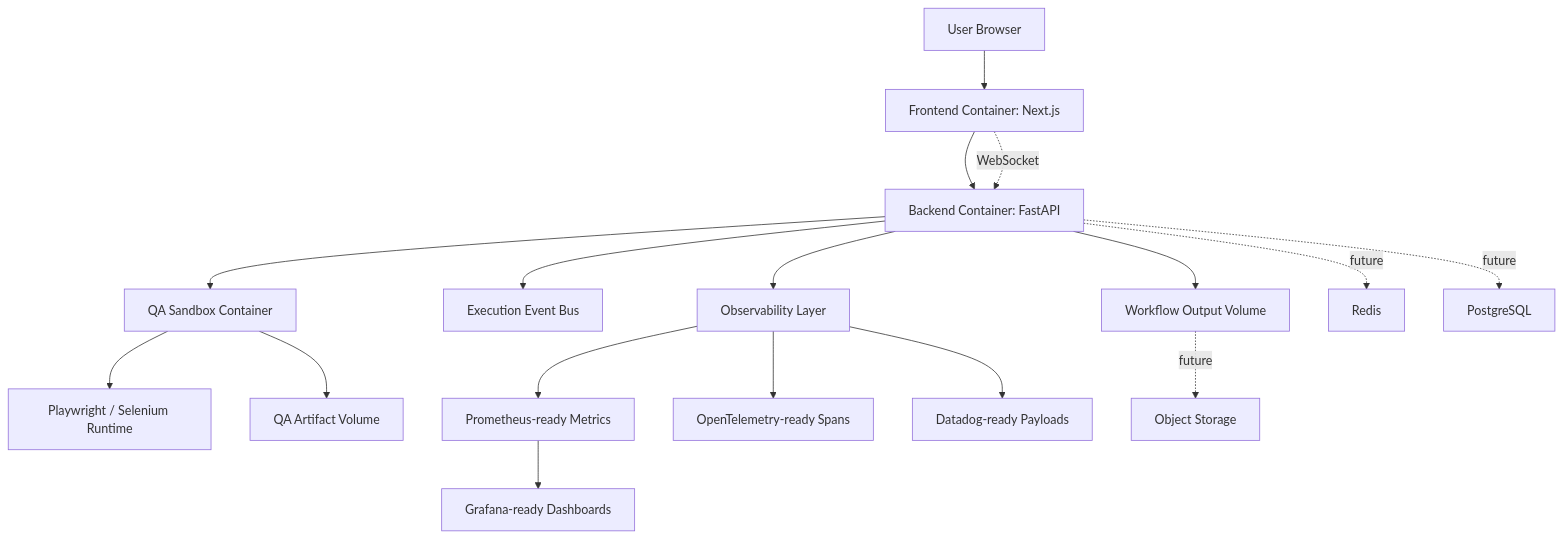
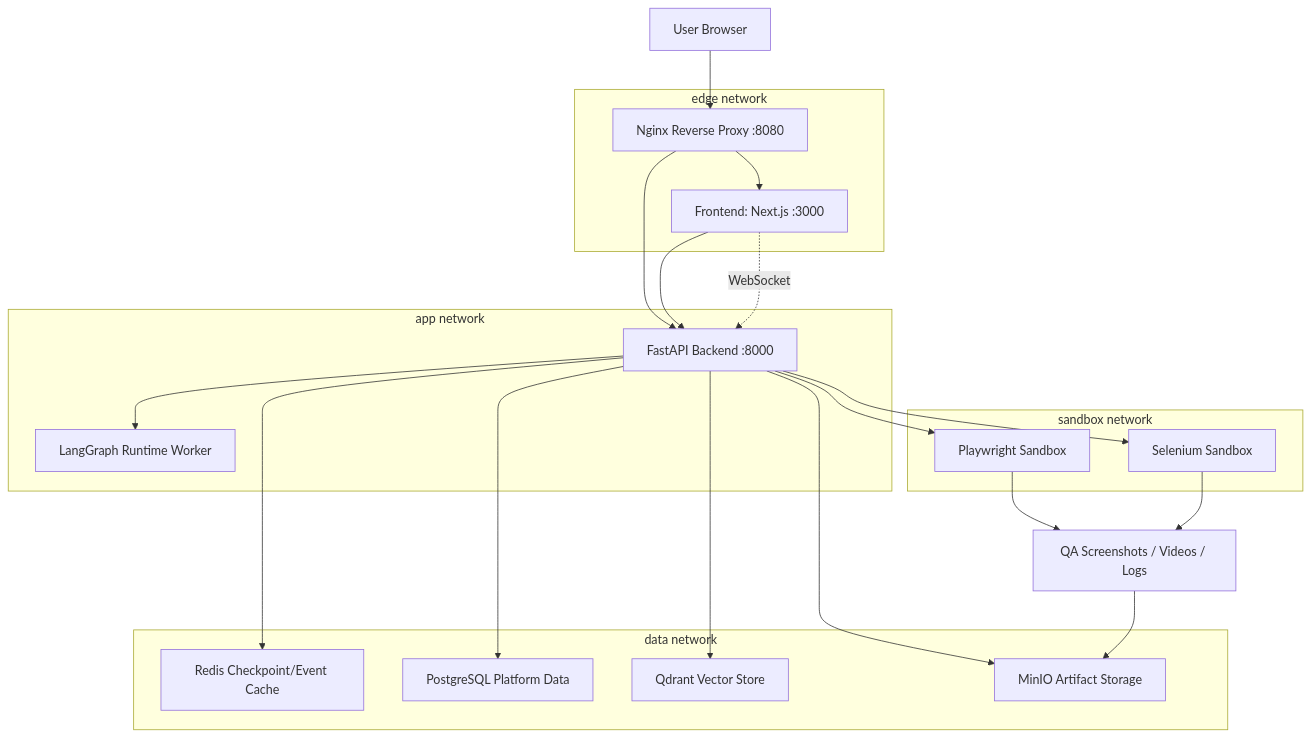
The sixth of 6 diagrams in README.md (fhuamanr/LegionAgents), drawn with Mermaid before and after one commit. The commit also changed other lines of this file and 15 other files, not shown here.

````diff
--- a/README.md
+++ b/README.md
@@ -207,23 +248,42 @@
 ```mermaid
 flowchart TB
-  Browser["User Browser"] --> FrontendContainer["Frontend Container: Next.js"]
-  FrontendContainer --> BackendContainer["Backend Container: FastAPI"]
-  FrontendContainer -. "WebSocket" .-> BackendContainer
+  Browser["User Browser"] --> Nginx["Nginx Reverse Proxy :8080"]
+  Nginx --> Frontend["Frontend: Next.js :3000"]
+  Nginx --> Backend["FastAPI Backend :8000"]
+  Frontend --> Backend
+  Frontend -. "WebSocket" .-> Backend
 
-  BackendContainer --> OutputVolume["Workflow Output Volume"]
-  BackendContainer --> EventBus["Execution Event Bus"]
-  BackendContainer --> Observability["Observability Layer"]
-  BackendContainer --> QASandboxContainer["QA Sandbox Container"]
+  Backend --> LangGraph["LangGraph Runtime Worker"]
+  Backend --> Redis["Redis Checkpoint/Event Cache"]
+  Backend --> Postgres["PostgreSQL Platform Data"]
+  Backend --> Qdrant["Qdrant Vector Store"]
+  Backend --> MinIO["MinIO Artifact Storage"]
+  Backend --> Playwright["Playwright Sandbox"]
+  Backend --> Selenium["Selenium Sandbox"]
 
-  QASandboxContainer --> BrowserRuntime["Playwright / Selenium Runtime"]
-  QASandboxContainer --> QAArtifacts["QA Artifact Volume"]
+  Playwright --> QAArtifacts["QA Screenshots / Videos / Logs"]
+  Selenium --> QAArtifacts
+  QAArtifacts --> MinIO
 
-  Observability --> Prometheus["Prometheus-ready Metrics"]
-  Observability --> OTel["OpenTelemetry-ready Spans"]
-  Observability --> Datadog["Datadog-ready Payloads"]
-  Prometheus --> Grafana["Grafana-ready Dashboards"]
+  subgraph EdgeNetwork["edge network"]
+    Nginx
+    Frontend
+  end
 
-  BackendContainer -. "future" .-> Redis["Redis"]
-  BackendContainer -. "future" .-> Postgres["PostgreSQL"]
-  OutputVolume -. "future" .-> ObjectStorage["Object Storage"]
+  subgraph AppNetwork["app network"]
+    Backend
+    LangGraph
+  end
+
+  subgraph DataNetwork["data network"]
+    Redis
+    Postgres
+    Qdrant
+    MinIO
+  end
+
+  subgraph SandboxNetwork["sandbox network"]
+    Playwright
+    Selenium
+  end
 ```
````
